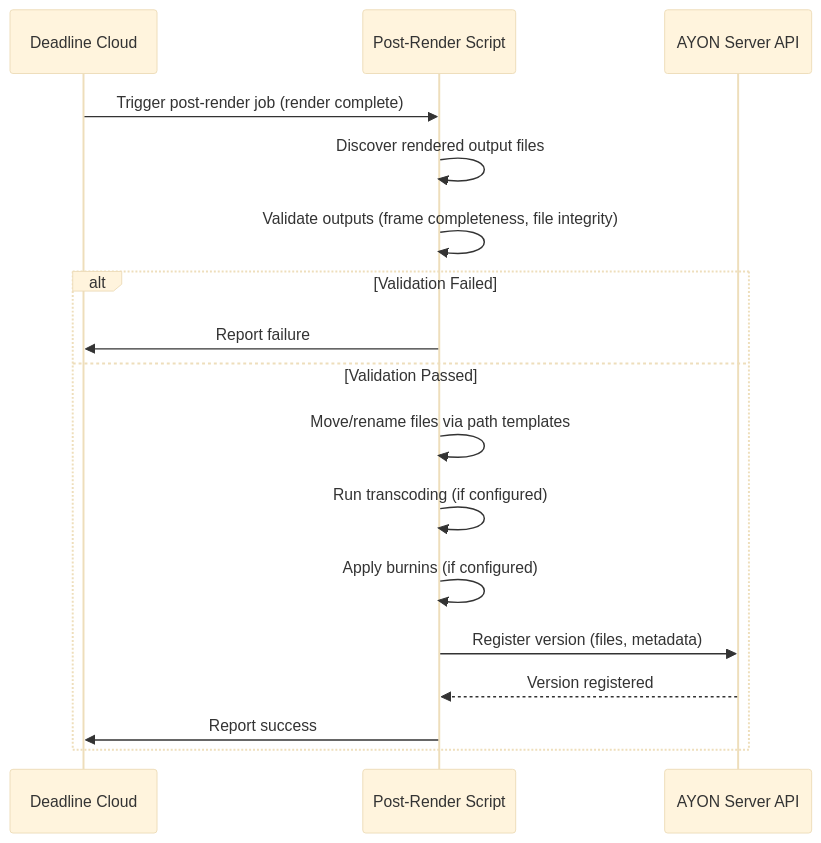
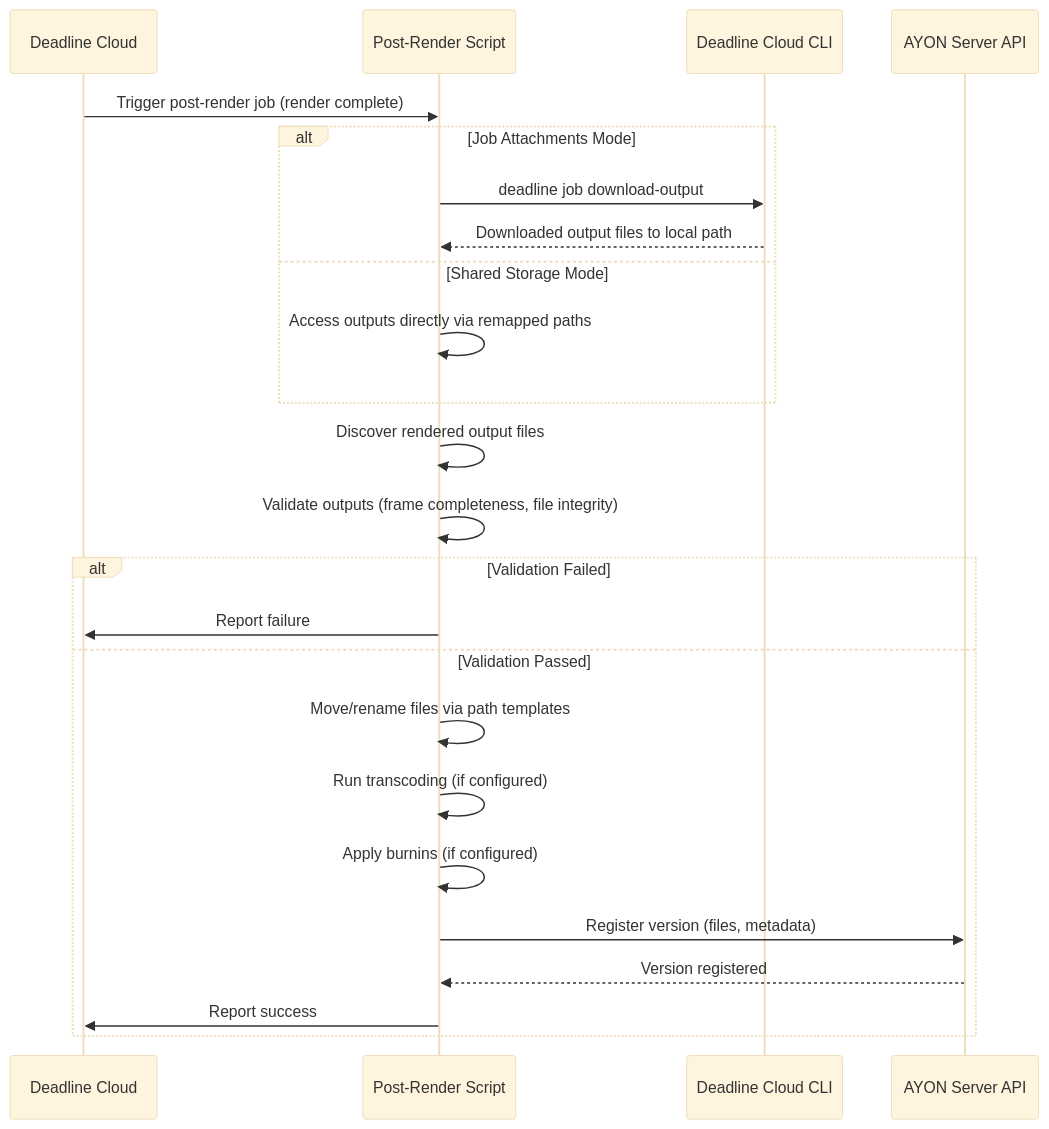
The third of 3 diagrams in .kiro/specs/deadline-cloud-integration/design.md (leon-li-inspire/ayon-deadline-cloud), drawn with Mermaid (base theme) before and after one commit. The commit also changed other lines of this file, not shown here.

````diff
--- a/.kiro/specs/deadline-cloud-integration/design.md
+++ b/.kiro/specs/deadline-cloud-integration/design.md
@@ -112,21 +112,30 @@
 ```mermaid
 sequenceDiagram
     participant DC as Deadline Cloud
     participant Script as Post-Render Script
+    participant CLI as Deadline Cloud CLI
     participant AYON as AYON Server API
 
     DC->>Script: Trigger post-render job (render complete)
+
+    alt Job Attachments Mode
+        Script->>CLI: deadline job download-output
+        CLI-->>Script: Downloaded output files to local path
+    else Shared Storage Mode
+        Script->>Script: Access outputs directly via remapped paths
+    end
+
     Script->>Script: Discover rendered output files
     Script->>Script: Validate outputs (frame completeness, file integrity)
 
     alt Validation Failed
         Script->>DC: Report failure
     else Validation Passed
         Script->>Script: Move/rename files via path templates
         Script->>Script: Run transcoding (if configured)
         Script->>Script: Apply burnins (if configured)
         Script->>AYON: Register version (files, metadata)
         AYON-->>Script: Version registered
         Script->>DC: Report success
     end
 ```
````
